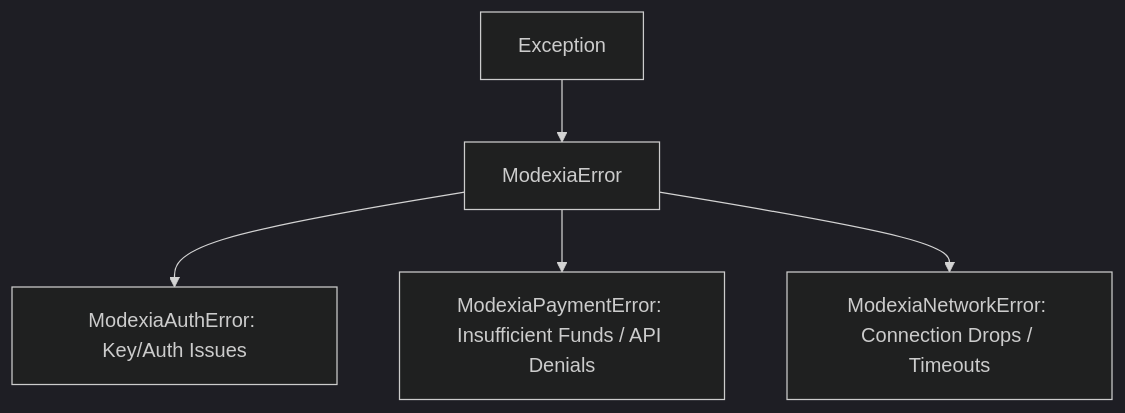
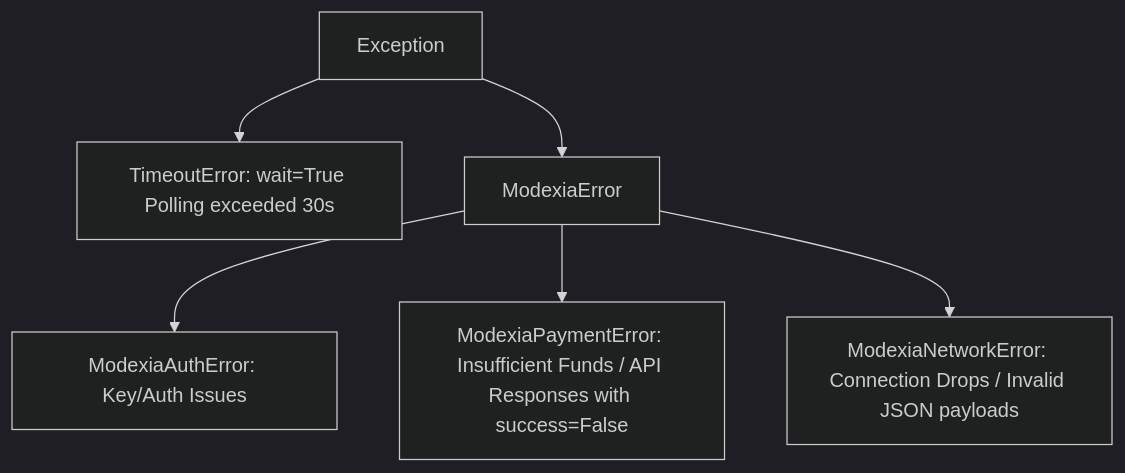
One commit to Modaniels/SDKs changed the second of 2 diagrams in SDKs/pythonSdk/README.md. Above: the diagram before and after it, drawn with Mermaid (dark theme). The commit also changed other lines of this file and 4 other files, not shown here.

````diff
--- a/SDKs/pythonSdk/README.md
+++ b/SDKs/pythonSdk/README.md
@@ -165,7 +174,8 @@
 ```mermaid
 graph TD;
+    Exception-->TimeoutError["TimeoutError: wait=True Polling exceeded 30s"];
     Exception-->ModexiaError;
     ModexiaError-->ModexiaAuthError["ModexiaAuthError: Key/Auth Issues"];
-    ModexiaError-->ModexiaPaymentError["ModexiaPaymentError: Insufficient Funds / API Denials"];
-    ModexiaError-->ModexiaNetworkError["ModexiaNetworkError: Connection Drops / Timeouts"];
+    ModexiaError-->ModexiaPaymentError["ModexiaPaymentError: Insufficient Funds / API Responses with success=False"];
+    ModexiaError-->ModexiaNetworkError["ModexiaNetworkError: Connection Drops / Invalid JSON payloads"];
 ```
````
